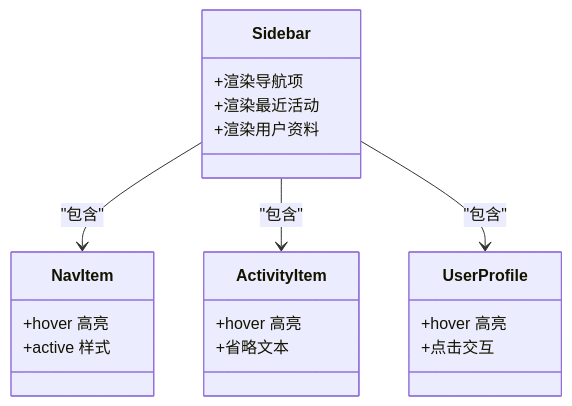
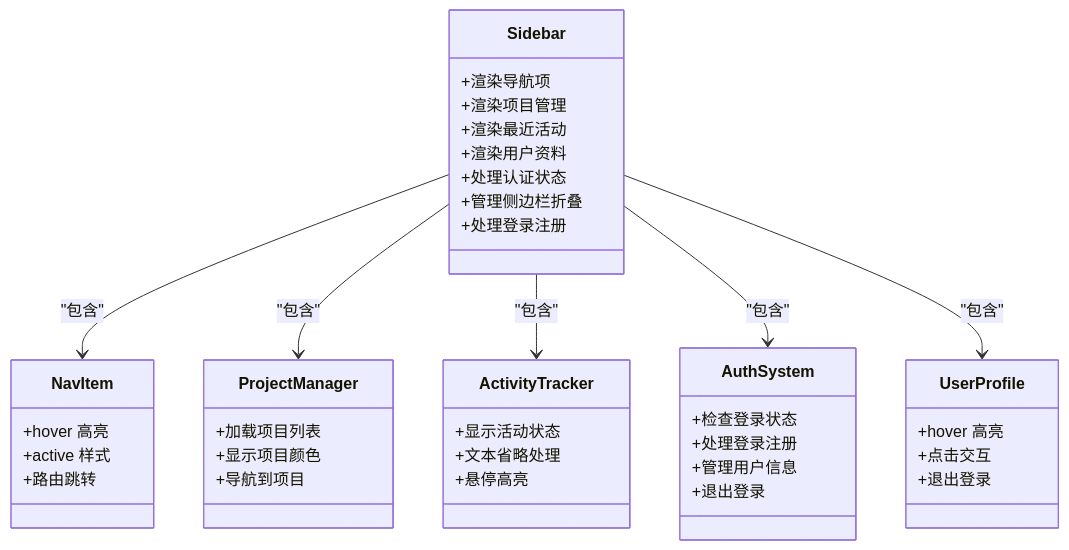
The sixth of 8 diagrams in .qoder/repowiki/zh/content/前端用户界面/Sidebar 侧边栏组件.md (zhangdahai112/LocalManus), drawn with Mermaid before and after one commit. The commit also changed other lines of this file and 4 other files, not shown here.

````diff
--- a/.qoder/repowiki/zh/content/前端用户界面/Sidebar 侧边栏组件.md
+++ b/.qoder/repowiki/zh/content/前端用户界面/Sidebar 侧边栏组件.md
@@ -170,23 +243,43 @@
 ```mermaid
 classDiagram
 class Sidebar {
 +渲染导航项
++渲染项目管理
 +渲染最近活动
 +渲染用户资料
++处理认证状态
++管理侧边栏折叠
++处理登录注册
 }
 class NavItem {
 +hover 高亮
 +active 样式
++路由跳转
 }
-class ActivityItem {
-+hover 高亮
-+省略文本
+class ProjectManager {
++加载项目列表
++显示项目颜色
++导航到项目
+}
+class ActivityTracker {
++显示活动状态
++文本省略处理
++悬停高亮
+}
+class AuthSystem {
++检查登录状态
++处理登录注册
++管理用户信息
++退出登录
 }
 class UserProfile {
 +hover 高亮
 +点击交互
++退出登录
 }
 Sidebar --> NavItem : "包含"
-Sidebar --> ActivityItem : "包含"
+Sidebar --> ProjectManager : "包含"
+Sidebar --> ActivityTracker : "包含"
+Sidebar --> AuthSystem : "包含"
 Sidebar --> UserProfile : "包含"
 ```
````
